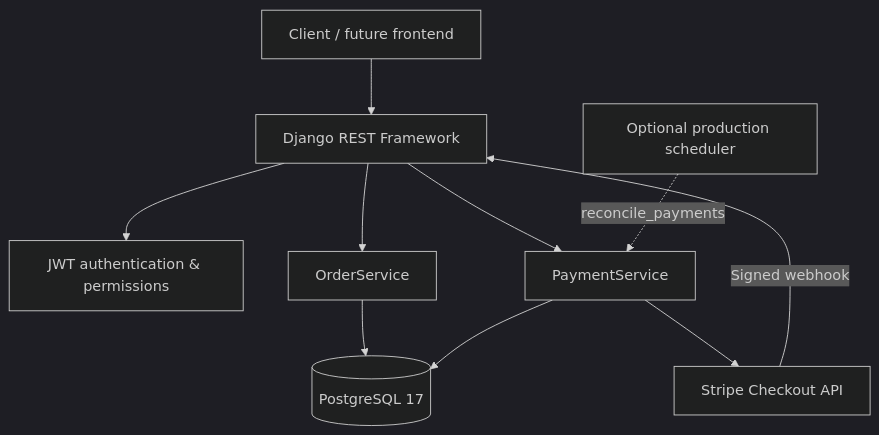
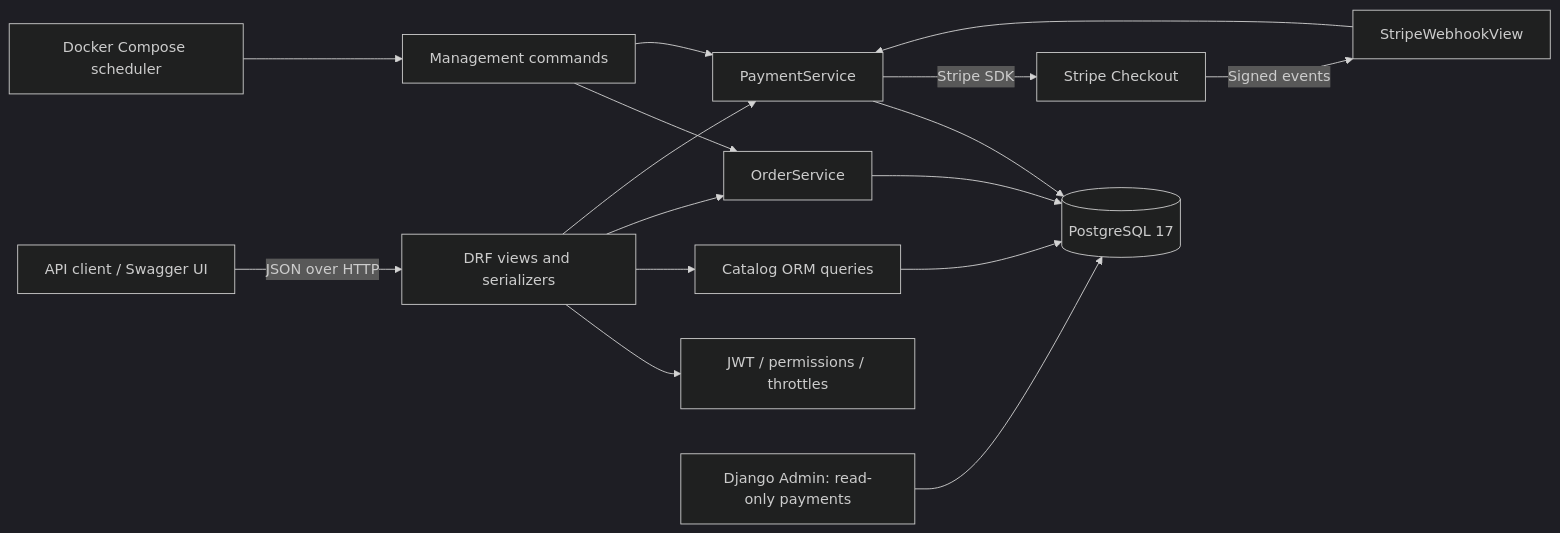
The first of 4 diagrams in README.md (stakich/django-order-management-api), drawn with Mermaid (dark theme) before and after one commit. The commit also changed other lines of this file, not shown here.

Commit message:
docs: add high-level and low-level API design

````diff
--- a/README.md
+++ b/README.md
@@ -38,12 +43,18 @@
 ```mermaid
-flowchart TD
-    Client[Client / future frontend] --> API[Django REST Framework]
-    API --> Auth[JWT authentication & permissions]
-    API --> Orders[OrderService]
-    API --> Payments[PaymentService]
-    Orders --> DB[(PostgreSQL 17)]
+flowchart LR
+    Client[API client / Swagger UI] -->|JSON over HTTP| Views[DRF views and serializers]
+    Views --> Security[JWT / permissions / throttles]
+    Views --> Catalog[Catalog ORM queries]
+    Views --> Orders[OrderService]
+    Views --> Payments[PaymentService]
+    Catalog --> DB[(PostgreSQL 17)]
+    Orders --> DB
     Payments --> DB
-    Payments --> Stripe[Stripe Checkout API]
-    Stripe -->|Signed webhook| API
-    Scheduler[Optional production scheduler] -.->|reconcile_payments| Payments
+    Payments -->|Stripe SDK| Stripe[Stripe Checkout]
+    Stripe -->|Signed events| Webhook[StripeWebhookView]
+    Webhook --> Payments
+    Scheduler[Docker Compose scheduler] --> Commands[Management commands]
+    Commands --> Orders
+    Commands --> Payments
+    Admin[Django Admin: read-only payments] --> DB
 ```
````
